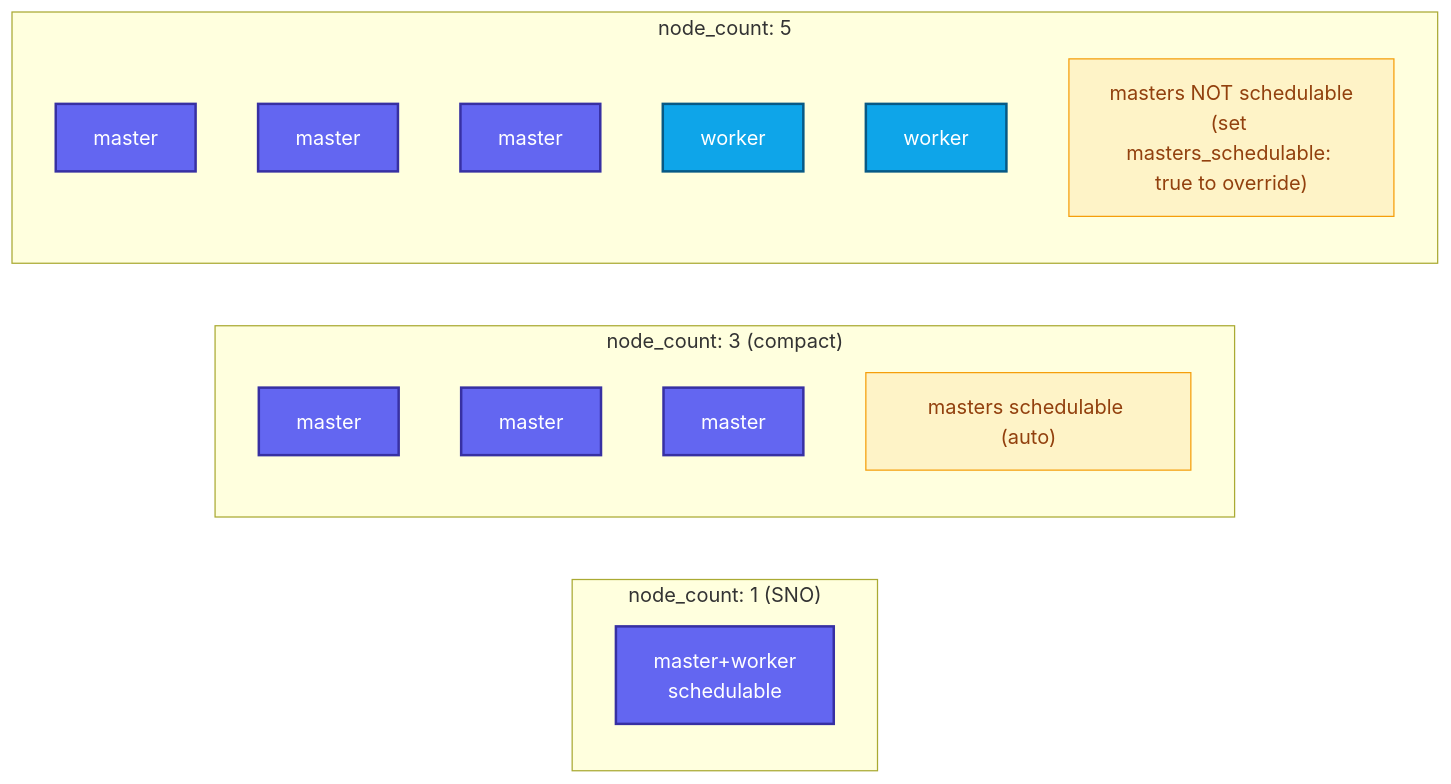
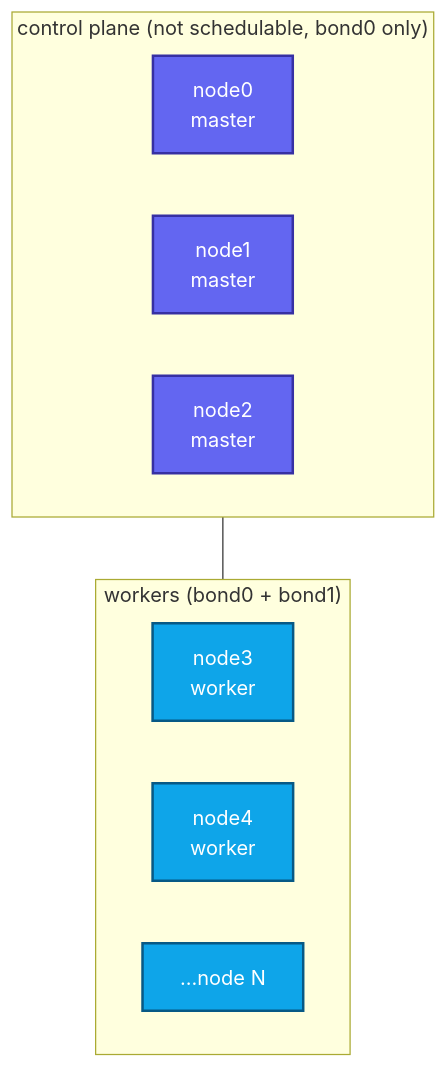
One commit to maci0/vmetal-openshift changed the eighth of 10 diagrams in docs/architecture.md. Above: the diagram before and after it, drawn with Mermaid. The commit also changed other lines of this file and 1 other file, not shown here.

First line of the commit message:
docs: per-solution architecture diagrams (MetalLB L2/BGP, memory pipeline, topologies)

````diff
--- a/docs/architecture.md
+++ b/docs/architecture.md
@@ -186,25 +275,16 @@
 ```mermaid
-flowchart LR
-  subgraph sno["node_count: 1 (SNO)"]
-    direction TB
-    s0["master+worker<br/>schedulable"]
+flowchart TB
+  subgraph cp["control plane (not schedulable, bond0 only)"]
+    direction LR
+    m0["node0<br/>master"]; m1["node1<br/>master"]; m2["node2<br/>master"]
   end
-  subgraph compact["node_count: 3 (compact)"]
-    direction TB
-    c0["master"]; c1["master"]; c2["master"]
-    cn["masters schedulable (auto)"]
+  subgraph wk["workers (bond0 + bond1)"]
+    direction LR
+    w0["node3<br/>worker"]; w1["node4<br/>worker"]; wd["...node N"]
   end
-  subgraph workers["node_count: 5"]
-    direction TB
-    w0["master"]; w1["master"]; w2["master"]
-    w3["worker"]; w4["worker"]
-    wn["masters NOT schedulable<br/>(set masters_schedulable: true to override)"]
-  end
-
+  cp --- wk
   classDef m fill:#6366f1,stroke:#3730a3,color:#fff,stroke-width:2px;
   classDef w fill:#0ea5e9,stroke:#075985,color:#fff,stroke-width:2px;
-  classDef note fill:#fef3c7,stroke:#f59e0b,color:#92400e;
-  class s0,c0,c1,c2,w0,w1,w2 m;
-  class w3,w4 w;
-  class cn,wn note;
+  class m0,m1,m2 m;
+  class w0,w1,wd w;
 ```
````
